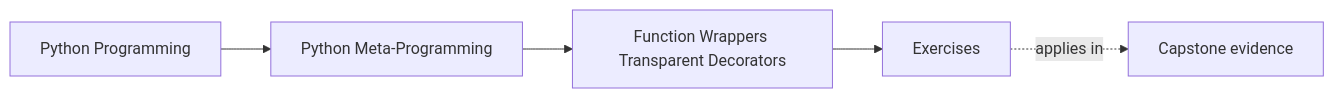
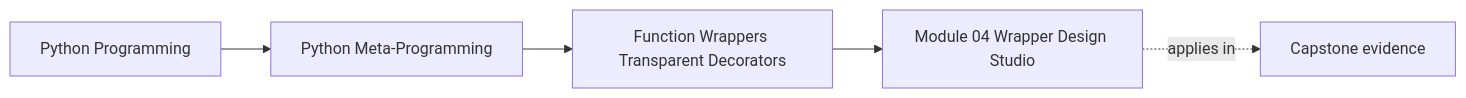
One commit to bijux/bijux-masterclass changed the first of 2 diagrams in programs/python-programming/python-meta-programming/course-book/module-04-function-wrappers-transparent-decorators/exercises.md. Above: the diagram before and after it, drawn with Mermaid. The commit also changed other lines of this file and 3 other files, not shown here.

Commit message:
docs(module-04): replace prompts with a wrapper design studio

````diff
--- a/programs/python-programming/python-meta-programming/course-book/module-04-function-wrappers-transparent-decorators/exercises.md
+++ b/programs/python-programming/python-meta-programming/course-book/module-04-function-wrappers-transparent-decorators/exercises.md
@@ -7,11 +6,11 @@
 ```mermaid
 graph LR
   family["Python Programming"]
   program["Python Meta-Programming"]
   section["Function Wrappers Transparent Decorators"]
-  page["Exercises"]
+  page["Module 04 Wrapper Design Studio"]
   capstone["Capstone evidence"]
 
   family --> program --> section --> page
   page -.applies in.-> capstone
 ```
````
